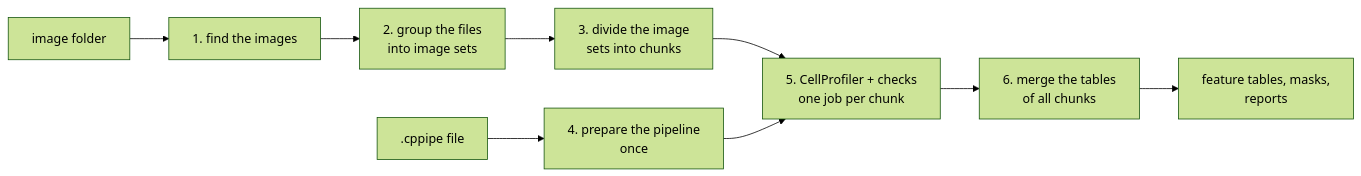
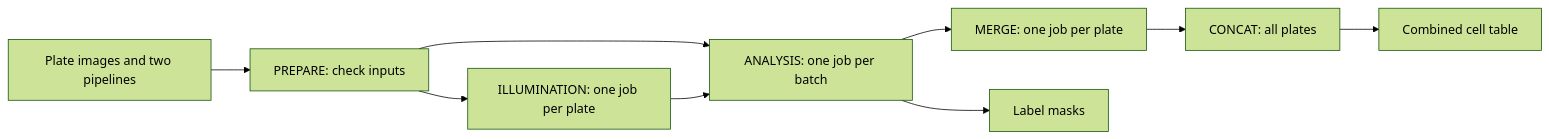
The diagram in docs/index.md (mirandaresearchlab/headless-cp-wf), drawn with Mermaid (forest theme) before and after one commit. The commit also changed other lines of this file and 135 other files, not shown here.

````diff
--- a/docs/index.md
+++ b/docs/index.md
@@ -25,11 +9,11 @@
 ```mermaid
 flowchart LR
-  A[image folder] --> B[1. find the images]
-  B --> C[2. group the files<br/>into image sets]
-  C --> D[3. divide the image<br/>sets into chunks]
-  P[.cppipe file] --> E[4. prepare the pipeline<br/>once]
-  D --> F[5. CellProfiler + checks<br/>one job per chunk]
-  E --> F
-  F --> G[6. merge the tables<br/>of all chunks]
-  G --> H[feature tables, masks,<br/>reports]
+    A[Plate images and two pipelines] --> B[PREPARE: check inputs]
+    B --> C[ILLUMINATION: one job per plate]
+    B --> D[ANALYSIS: one job per batch]
+    C --> D
+    D --> E[MERGE: one job per plate]
+    E --> F[CONCAT: all plates]
+    F --> G[Combined cell table]
+    D --> H[Label masks]
 ```
````
